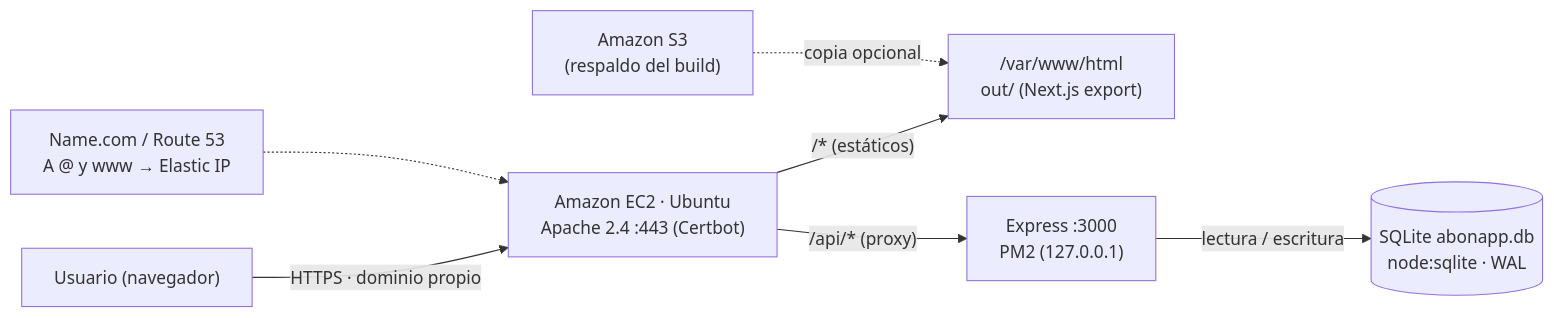
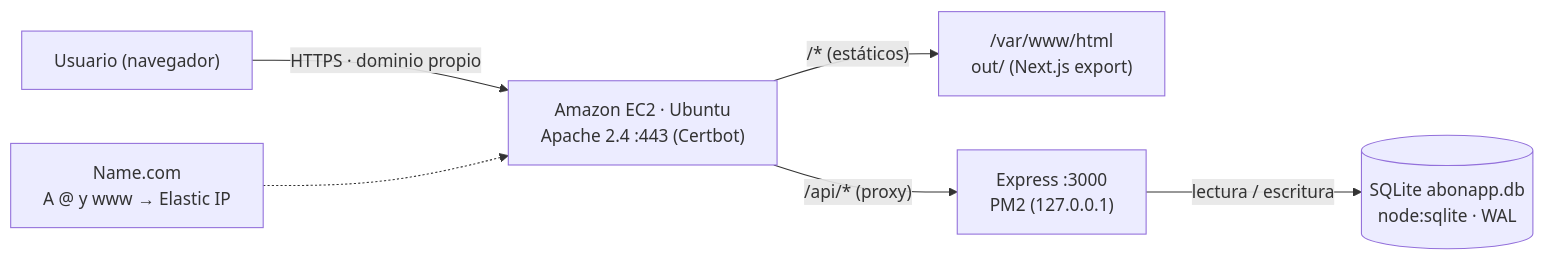
One commit to amarinr786-droid/AbonApp changed the diagram in README.md. Above: the diagram before and after it, drawn with Mermaid. The commit also changed other lines of this file, not shown here.

First line of the commit message:
docs: corregir la infraestructura del README y retirar S3

````diff
--- a/README.md
+++ b/README.md
@@ -40,9 +40,8 @@
 ```mermaid
 flowchart LR
     U["Usuario (navegador)"] -->|"HTTPS · dominio propio"| AP["Amazon EC2 · Ubuntu<br/>Apache 2.4 :443 (Certbot)"]
     AP -->|"/* (estáticos)"| WWW["/var/www/html<br/>out/ (Next.js export)"]
     AP -->|"/api/* (proxy)"| API["Express :3000<br/>PM2 (127.0.0.1)"]
     API -->|"lectura / escritura"| DB[("SQLite abonapp.db<br/>node:sqlite · WAL")]
-    DNS["Name.com / Route 53<br/>A @ y www → Elastic IP"] -.-> AP
-    S3["Amazon S3<br/>(respaldo del build)"] -.->|"copia opcional"| WWW
+    DNS["Name.com<br/>A @ y www → Elastic IP"] -.-> AP
 ```
````
